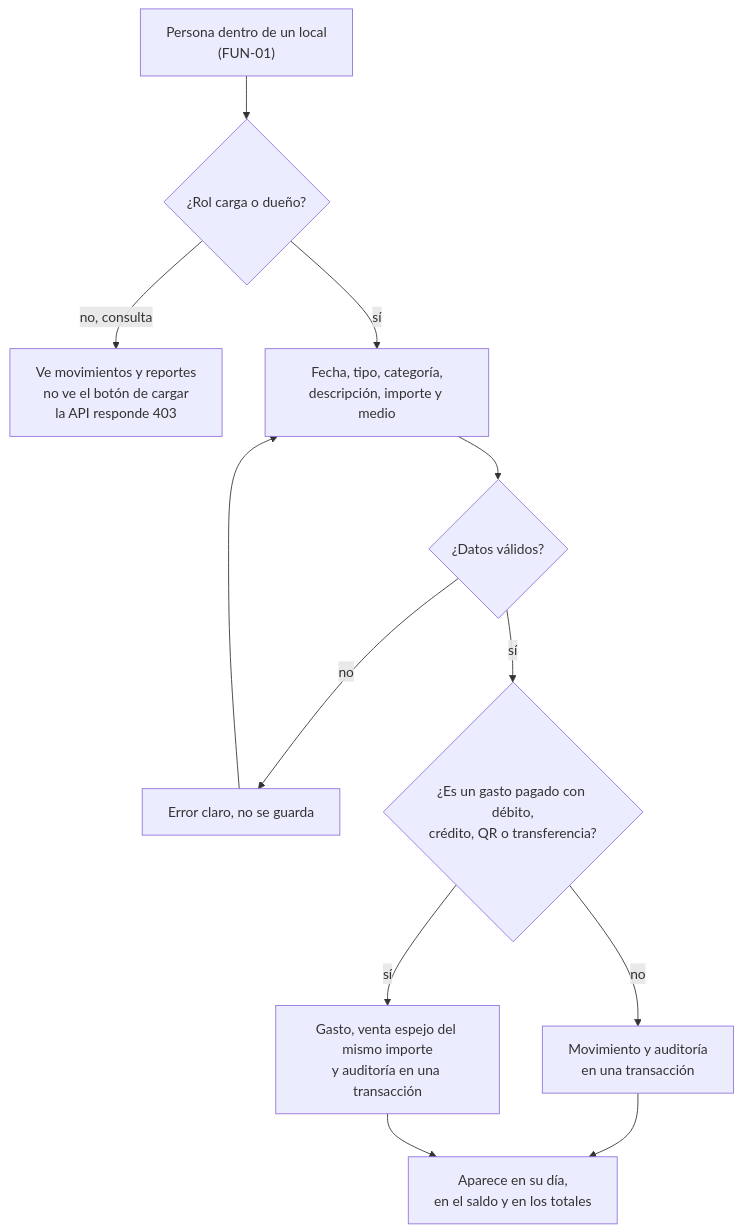
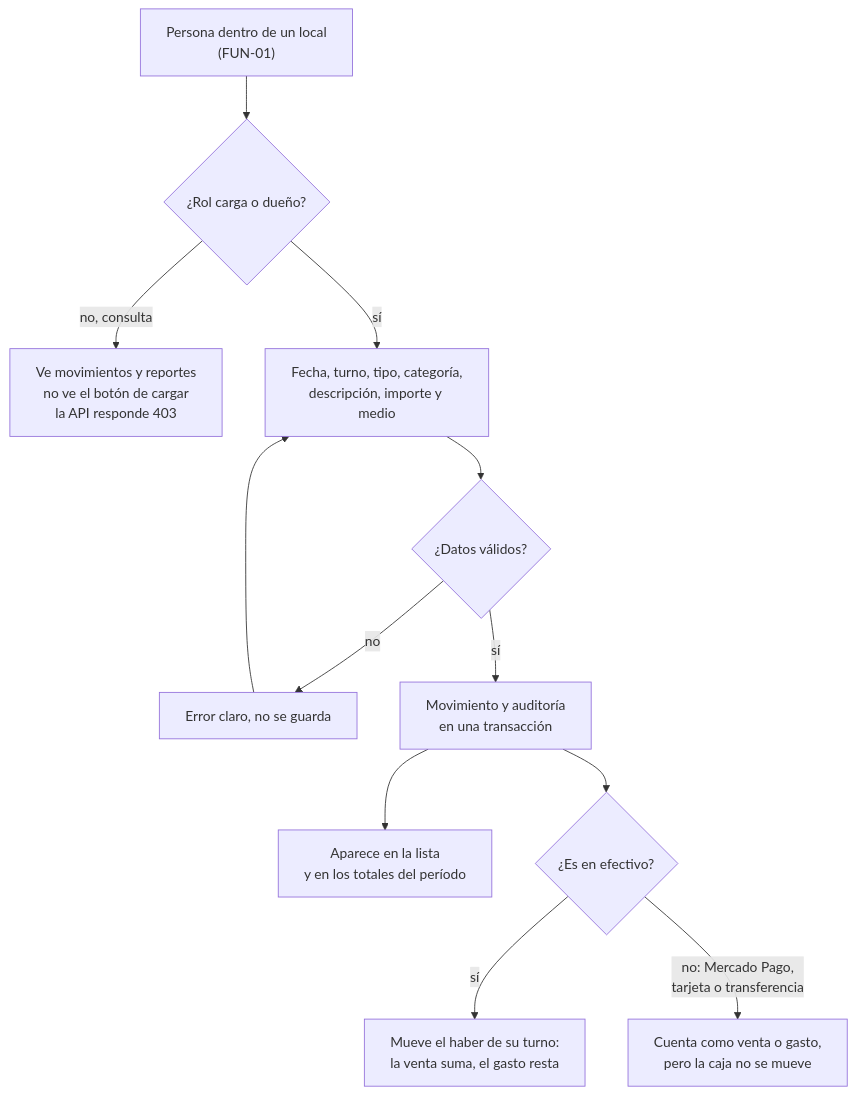
Before and after one commit to aleharo2003/floky-cuadernos: the second of 3 diagrams in docs/diagramas/06-flujos-funcionales.md, drawn with Mermaid. The commit also changed other lines of this file and 45 other files, not shown here.

````diff
--- a/docs/diagramas/06-flujos-funcionales.md
+++ b/docs/diagramas/06-flujos-funcionales.md
@@ -39,13 +39,13 @@
 ```mermaid
 flowchart TD
     A["Persona dentro de un local<br/>(FUN-01)"] --> B{"¿Rol carga o dueño?"}
     B -->|"no, consulta"| C["Ve movimientos y reportes<br/>no ve el botón de cargar<br/>la API responde 403"]
-    B -->|"sí"| D["Fecha, tipo, categoría,<br/>descripción, importe y medio"]
+    B -->|"sí"| D["Fecha, turno, tipo, categoría,<br/>descripción, importe y medio"]
     D --> E{"¿Datos válidos?"}
     E -->|"no"| F["Error claro, no se guarda"] --> D
-    E -->|"sí"| G{"¿Es un gasto pagado con débito,<br/>crédito, QR o transferencia?"}
-    G -->|"no"| H["Movimiento y auditoría<br/>en una transacción"]
-    G -->|"sí"| I["Gasto, venta espejo del mismo importe<br/>y auditoría en una transacción"]
-    H --> J["Aparece en su día,<br/>en el saldo y en los totales"]
-    I --> J
+    E -->|"sí"| H["Movimiento y auditoría<br/>en una transacción"]
+    H --> J["Aparece en la lista<br/>y en los totales del período"]
+    H --> G{"¿Es en efectivo?"}
+    G -->|"sí"| K["Mueve el haber de su turno:<br/>la venta suma, el gasto resta"]
+    G -->|"no: Mercado Pago,<br/>tarjeta o transferencia"| L["Cuenta como venta o gasto,<br/>pero la caja no se mueve"]
 ```
````
